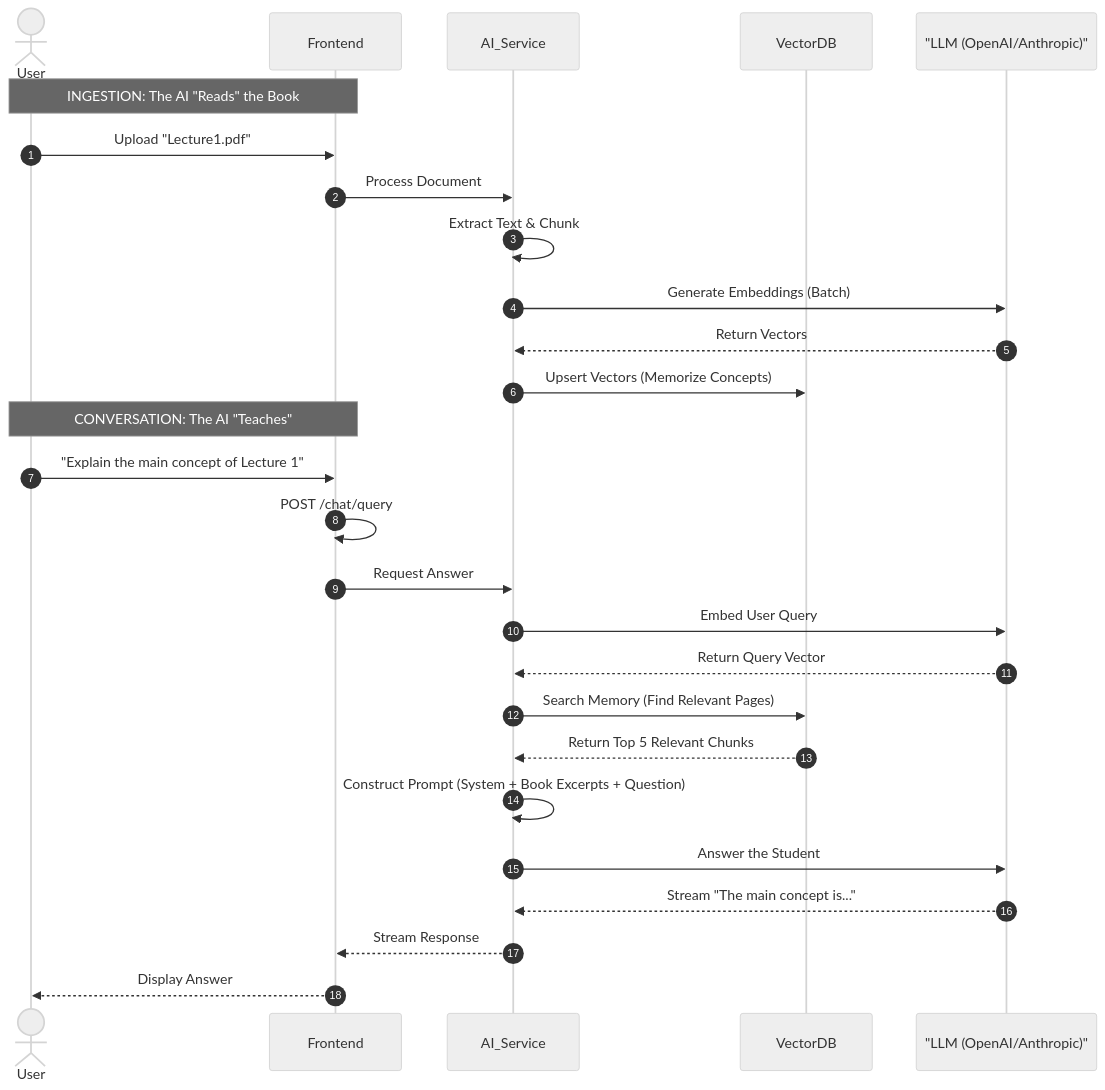
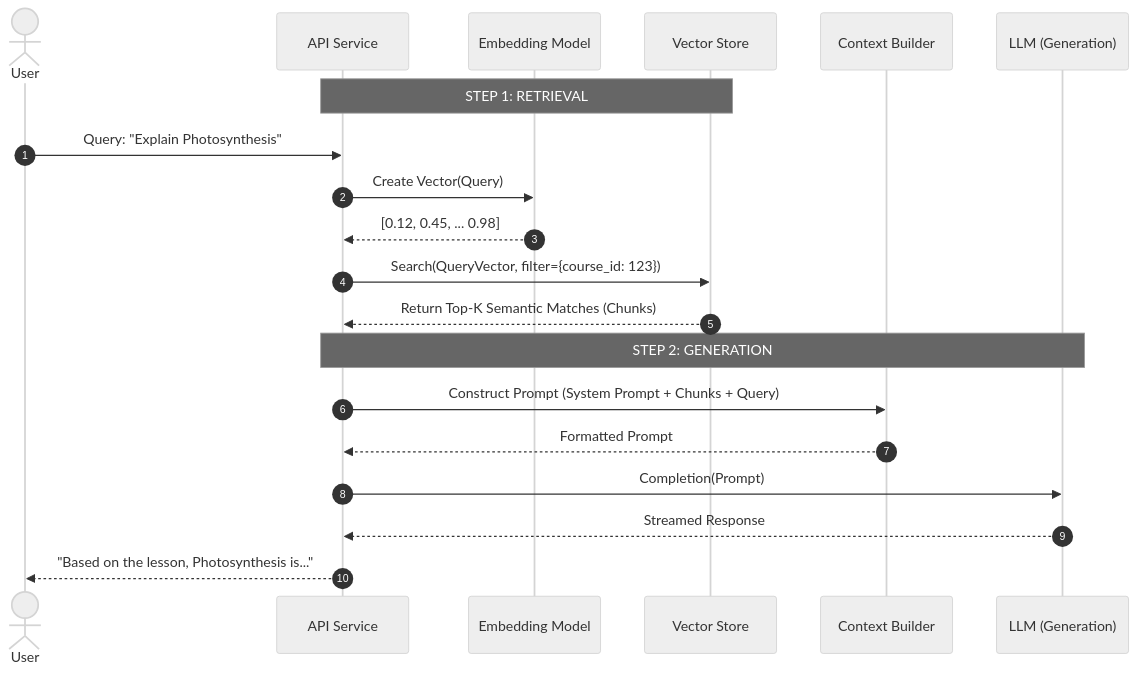
One commit to suvendukungfu/ai-education-platform changed the diagram in docs/06_AI_Workflow.md. Above: the diagram before and after it, drawn with Mermaid (neutral theme). The commit also changed other lines of this file and 6 other files, not shown here.

Commit message:
Docs: Major refactor for technical precision and architectural depth

````diff
--- a/docs/06_AI_Workflow.md
+++ b/docs/06_AI_Workflow.md
@@ -27,34 +28,24 @@
 ```mermaid
 sequenceDiagram
     autonumber
     actor User
-    participant Frontend
-    participant AI_Service
-    participant VectorDB
-    participant LLM as "LLM (OpenAI/Anthropic)"
+    participant API as API Service
+    participant Embed as Embedding Model
+    participant VectorDB as Vector Store
+    participant Context as Context Builder
+    participant LLM as LLM (Generation)
 
-    note over User, Frontend: INGESTION: The AI "Reads" the Book
-    User->>Frontend: Upload "Lecture1.pdf"
-    Frontend->>AI_Service: Process Document
-    AI_Service->>AI_Service: Extract Text & Chunk
-    AI_Service->>LLM: Generate Embeddings (Batch)
-    LLM-->>AI_Service: Return Vectors
-    AI_Service->>VectorDB: Upsert Vectors (Memorize Concepts)
+    Note over API, VectorDB: STEP 1: RETRIEVAL
+    User->>API: Query: "Explain Photosynthesis"
+    API->>Embed: Create Vector(Query)
+    Embed-->>API: [0.12, 0.45, ... 0.98]
+    API->>VectorDB: Search(QueryVector, filter={course_id: 123})
+    VectorDB-->>API: Return Top-K Semantic Matches (Chunks)
 
-    note over User, Frontend: CONVERSATION: The AI "Teaches"
-    User->>Frontend: "Explain the main concept of Lecture 1"
-    Frontend->>Frontend: POST /chat/query
-    Frontend->>AI_Service: Request Answer
-    AI_Service->>LLM: Embed User Query
-    LLM-->>AI_Service: Return Query Vector
-
-    AI_Service->>VectorDB: Search Memory (Find Relevant Pages)
-    VectorDB-->>AI_Service: Return Top 5 Relevant Chunks
-
-    AI_Service->>AI_Service: Construct Prompt (System + Book Excerpts + Question)
-
-    AI_Service->>LLM: Answer the Student
-    LLM-->>AI_Service: Stream "The main concept is..."
-    AI_Service-->>Frontend: Stream Response
-    Frontend-->>User: Display Answer
+    Note over API, LLM: STEP 2: GENERATION
+    API->>Context: Construct Prompt (System Prompt + Chunks + Query)
+    Context-->>API: Formatted Prompt
+    API->>LLM: Completion(Prompt)
+    LLM-->>API: Streamed Response
+    API-->>User: "Based on the lesson, Photosynthesis is..."
 ```
````
